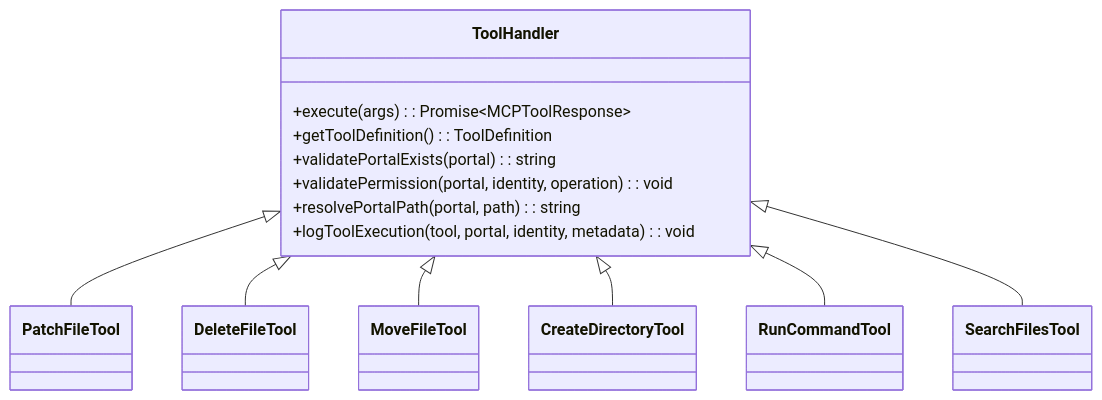
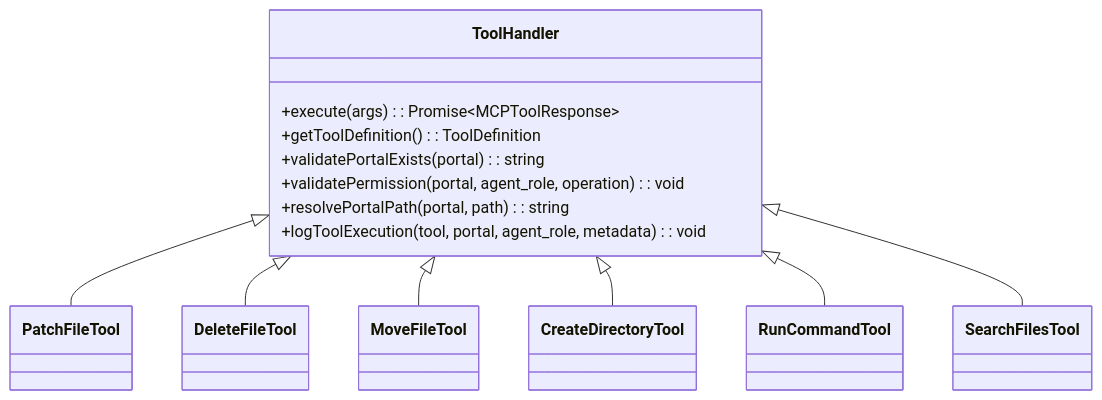
One commit to dostark/exaix changed the diagram in packages/mcp/README.md. Above: the diagram before and after it, drawn with Mermaid. The commit also changed 367 other files, not shown here.

````diff
--- a/packages/mcp/README.md
+++ b/packages/mcp/README.md
@@ -11,25 +11,25 @@
 ```mermaid
 classDiagram
     class ToolHandler {
         +execute(args): Promise~MCPToolResponse~
         +getToolDefinition(): ToolDefinition
         +validatePortalExists(portal): string
-        +validatePermission(portal, identity, operation): void
+        +validatePermission(portal, agent_role, operation): void
         +resolvePortalPath(portal, path): string
-        +logToolExecution(tool, portal, identity, metadata): void
+        +logToolExecution(tool, portal, agent_role, metadata): void
     }
 
     class PatchFileTool
     class DeleteFileTool
     class MoveFileTool
     class CreateDirectoryTool
     class RunCommandTool
     class SearchFilesTool
 
     ToolHandler <|-- PatchFileTool
     ToolHandler <|-- DeleteFileTool
     ToolHandler <|-- MoveFileTool
     ToolHandler <|-- CreateDirectoryTool
     ToolHandler <|-- RunCommandTool
     ToolHandler <|-- SearchFilesTool
 ```
````
